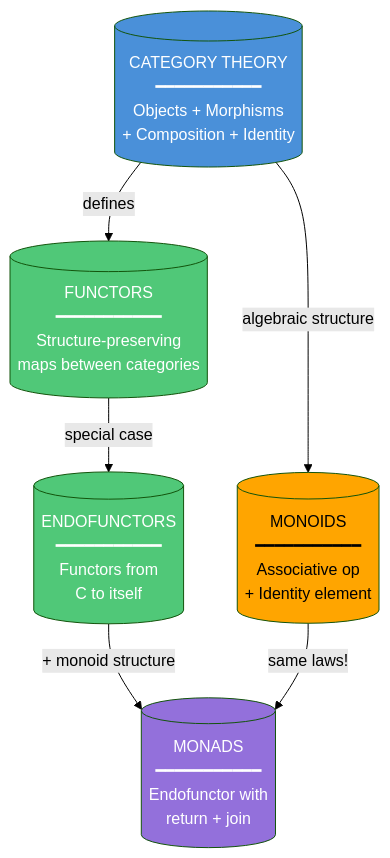
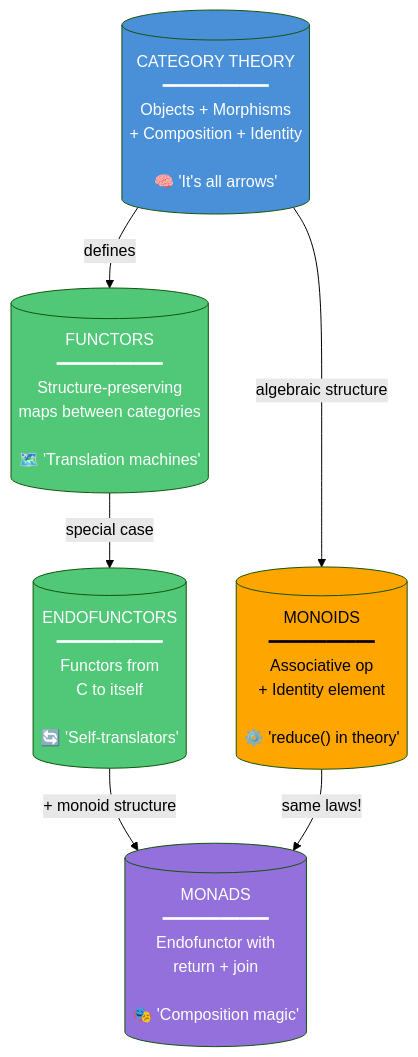
Before and after one commit to MSDNAndi/WorldSMEGraphs: diagram 17 of 19 in domain/science/computer-science/functional-theory/.renders/english/powerpoint-visualization.md, drawn with Mermaid (forest theme). The commit also changed other lines of this file, not shown here.

````diff
--- a/domain/science/computer-science/functional-theory/.renders/english/powerpoint-visualization.md
+++ b/domain/science/computer-science/functional-theory/.renders/english/powerpoint-visualization.md
@@ -1025,24 +1128,24 @@
 ```mermaid
 flowchart TB
-    CT[("CATEGORY THEORY<br/>━━━━━━━━━━━<br/>Objects + Morphisms<br/>+ Composition + Identity")]
+    CT[("CATEGORY THEORY<br/>━━━━━━━━━━━<br/>Objects + Morphisms<br/>+ Composition + Identity<br/><br/>🧠 'It's all arrows'")]
     
-    FN[("FUNCTORS<br/>━━━━━━━━━━━<br/>Structure-preserving<br/>maps between categories")]
+    FN[("FUNCTORS<br/>━━━━━━━━━━━<br/>Structure-preserving<br/>maps between categories<br/><br/>🗺️ 'Translation machines'")]
     
-    EN[("ENDOFUNCTORS<br/>━━━━━━━━━━━<br/>Functors from<br/>C to itself")]
+    EN[("ENDOFUNCTORS<br/>━━━━━━━━━━━<br/>Functors from<br/>C to itself<br/><br/>🔄 'Self-translators'")]
     
-    MO[("MONOIDS<br/>━━━━━━━━━━━<br/>Associative op<br/>+ Identity element")]
+    MO[("MONOIDS<br/>━━━━━━━━━━━<br/>Associative op<br/>+ Identity element<br/><br/>⚙️ 'reduce() in theory'")]
     
-    MD[("MONADS<br/>━━━━━━━━━━━<br/>Endofunctor with<br/>return + join")]
+    MD[("MONADS<br/>━━━━━━━━━━━<br/>Endofunctor with<br/>return + join<br/><br/>🎭 'Composition magic'")]
     
     CT -->|"defines"| FN
     FN -->|"special case"| EN
     CT -->|"algebraic structure"| MO
     EN -->|"+ monoid structure"| MD
     MO -->|"same laws!"| MD
     
     style CT fill:#4a90d9,color:#fff
     style FN fill:#50c878,color:#fff
     style EN fill:#50c878,color:#fff
     style MO fill:#ffa500,color:#000
     style MD fill:#9370db,color:#fff
 ```
````
